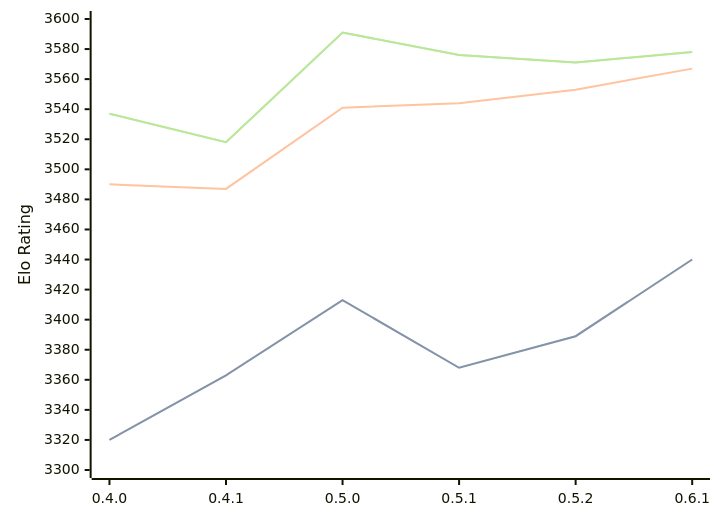
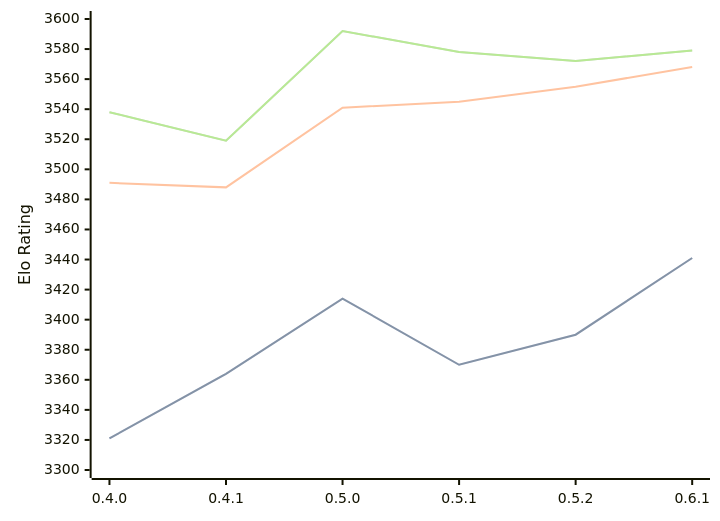
The diagram in engines/Cinder.md (computer-chess-index/cci), drawn with Mermaid before and after one commit. The commit also changed other lines of this file, not shown here.

Commit message:
Update CCI Ratings (ELO VLTC) - 2026-10-09

````diff
--- a/engines/Cinder.md
+++ b/engines/Cinder.md
@@ -37,11 +37,11 @@
 ```mermaid
 %%{init: {"theme":"base","themeVariables":{"seriesColors:['#a3a3a3','#222221','#faa371']}}}%%
 xychart-beta
   x-axis ["0.4.0", "0.4.1", "0.5.0", "0.5.1", "0.5.2", "0.6.1"]
   y-axis "Elo Rating" 3300 --> 3600
-  line "" [3320, 3363, 3413, 3368, 3389, 3440]
-  line "STC (8.0+0.08s)" [3320, 3363, 3413, 3368, 3389, 3440]
-  line "LTC (60.0+0.60s)" [3490, 3487, 3541, 3544, 3553, 3567]
-  line "" [3537, 3518, 3591, 3576, 3571, 3578]
-  line "VLTC (2m24s+1.12s)" [3537, 3518, 3591, 3576, 3571, 3578]
+  line "" [3321, 3364, 3414, 3370, 3390, 3441]
+  line "STC (8.0+0.08s)" [3321, 3364, 3414, 3370, 3390, 3441]
+  line "LTC (60.0+0.60s)" [3491, 3488, 3541, 3545, 3555, 3568]
+  line "" [3538, 3519, 3592, 3578, 3572, 3579]
+  line "VLTC (2m24s+1.12s)" [3538, 3519, 3592, 3578, 3572, 3579]
 ```
````
